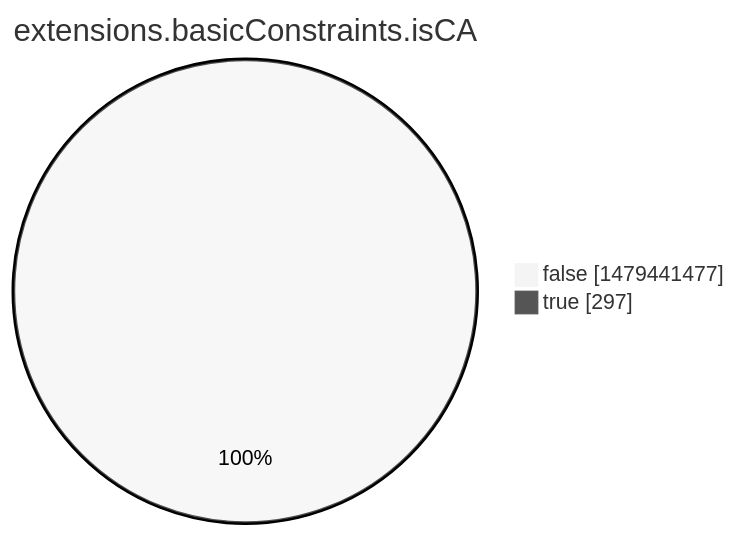
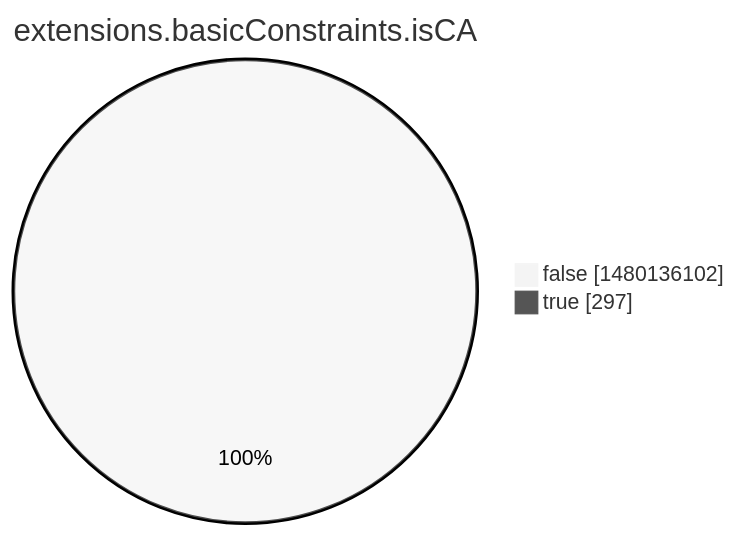
Before and after one commit to christiankrug/ctmonitor_visualization: the eighth of 15 diagrams in argon2022/README.md, drawn with Mermaid (neutral theme). The commit also changed other lines of this file, not shown here.

````diff
--- a/argon2022/README.md
+++ b/argon2022/README.md
@@ -2760,6 +2760,6 @@
 ```mermaid
 pie showData
 title extensions.basicConstraints.isCA
-"false" :1479441477
+"false" :1480136102
 "true" :297
 ```
````
